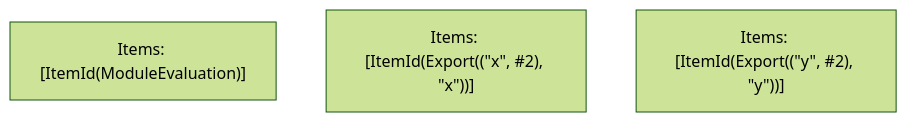
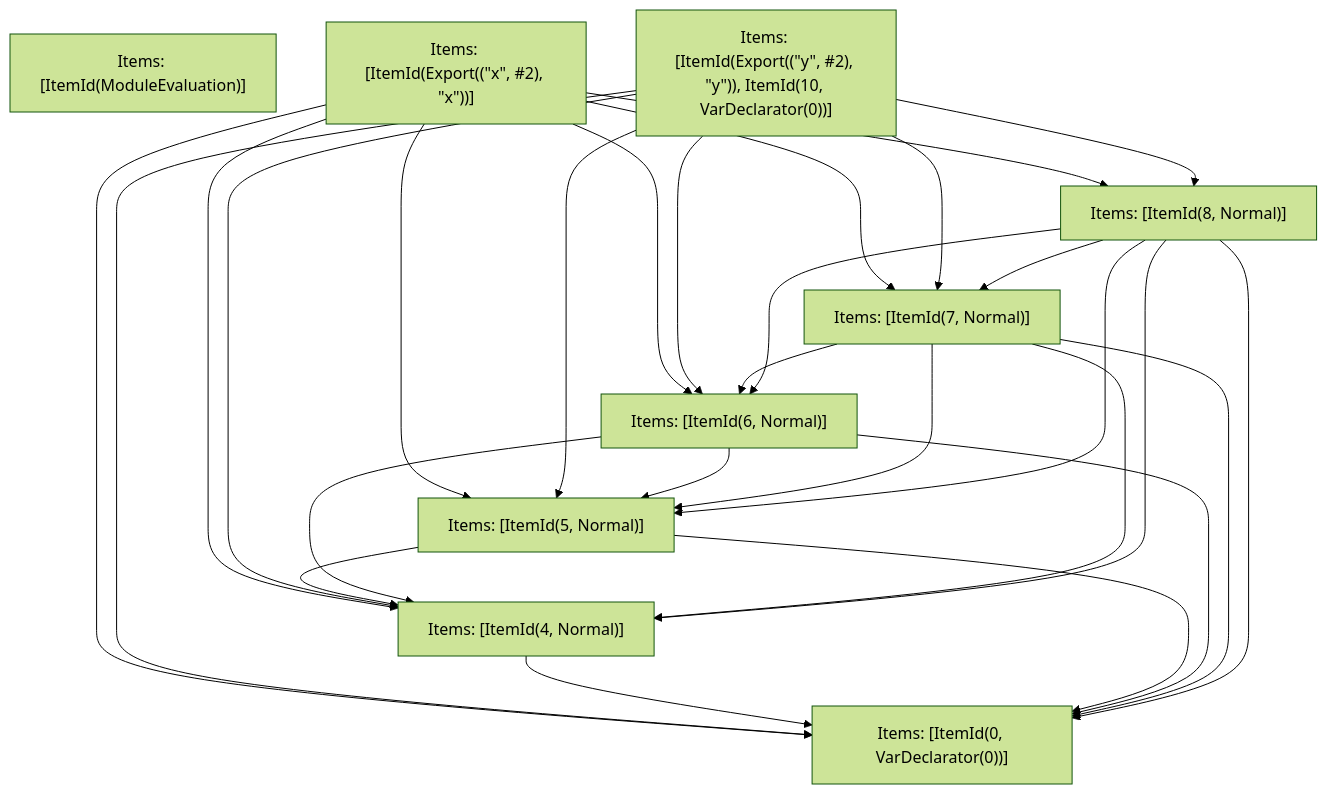
One commit to vercel/turborepo changed the fifth of 5 diagrams in crates/turbopack-ecmascript/tests/tree-shaker/analyzer/grouping/output.md. Above: the diagram before and after it, drawn with Mermaid (forest theme). The commit also changed other lines of this file, not shown here.

````diff
--- a/crates/turbopack-ecmascript/tests/tree-shaker/analyzer/grouping/output.md
+++ b/crates/turbopack-ecmascript/tests/tree-shaker/analyzer/grouping/output.md
@@ -225,6 +268,39 @@
 ```mermaid
 graph TD
     N0["Items: [ItemId(ModuleEvaluation)]"];
     N1["Items: [ItemId(Export((&quot;x&quot;, #2), &quot;x&quot;))]"];
-    N2["Items: [ItemId(Export((&quot;y&quot;, #2), &quot;y&quot;))]"];
+    N2["Items: [ItemId(Export((&quot;y&quot;, #2), &quot;y&quot;)), ItemId(10, VarDeclarator(0))]"];
+    N3["Items: [ItemId(0, VarDeclarator(0))]"];
+    N4["Items: [ItemId(4, Normal)]"];
+    N5["Items: [ItemId(5, Normal)]"];
+    N6["Items: [ItemId(6, Normal)]"];
+    N7["Items: [ItemId(7, Normal)]"];
+    N8["Items: [ItemId(8, Normal)]"];
+    N1 --> N3;
+    N1 --> N4;
+    N1 --> N5;
+    N1 --> N6;
+    N1 --> N7;
+    N1 --> N8;
+    N2 --> N3;
+    N2 --> N4;
+    N2 --> N5;
+    N2 --> N6;
+    N2 --> N7;
+    N2 --> N8;
+    N4 --> N3;
+    N5 --> N3;
+    N5 --> N4;
+    N6 --> N3;
+    N6 --> N4;
+    N6 --> N5;
+    N7 --> N3;
+    N7 --> N4;
+    N7 --> N5;
+    N7 --> N6;
+    N8 --> N3;
+    N8 --> N4;
+    N8 --> N5;
+    N8 --> N6;
+    N8 --> N7;
 ```
````
